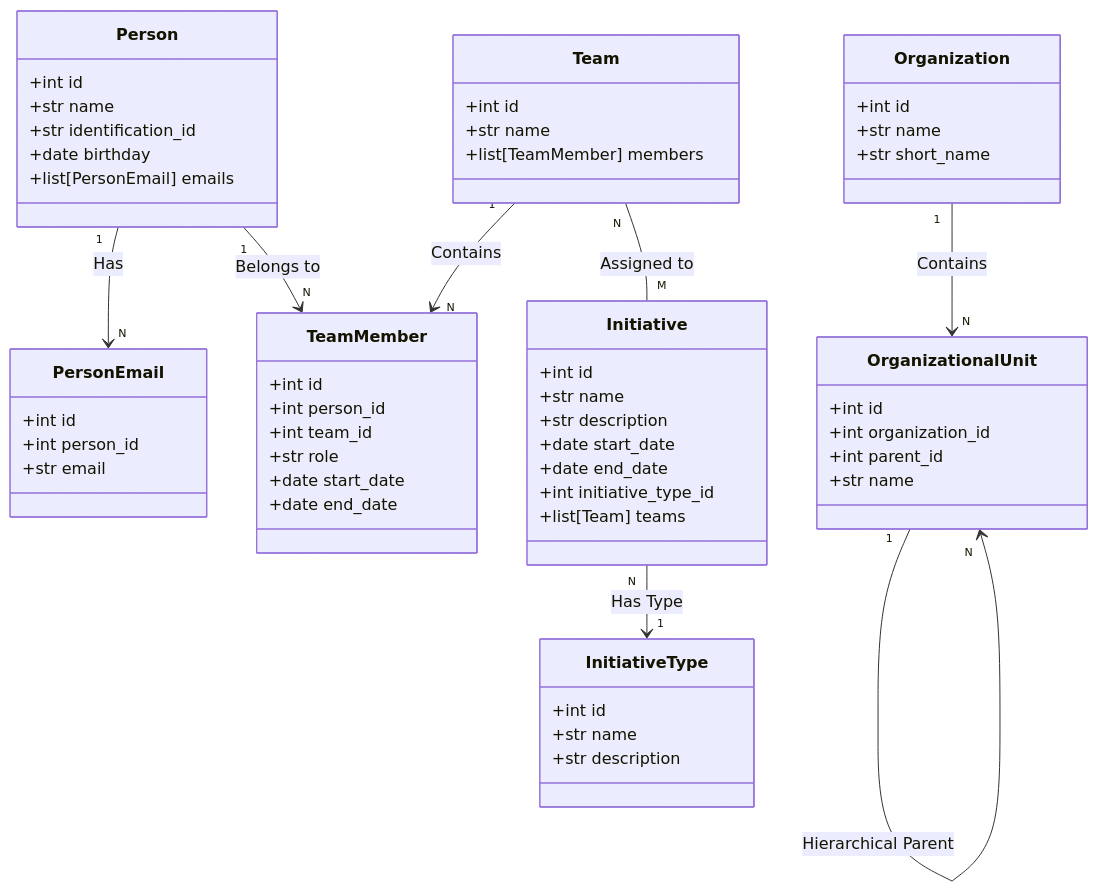
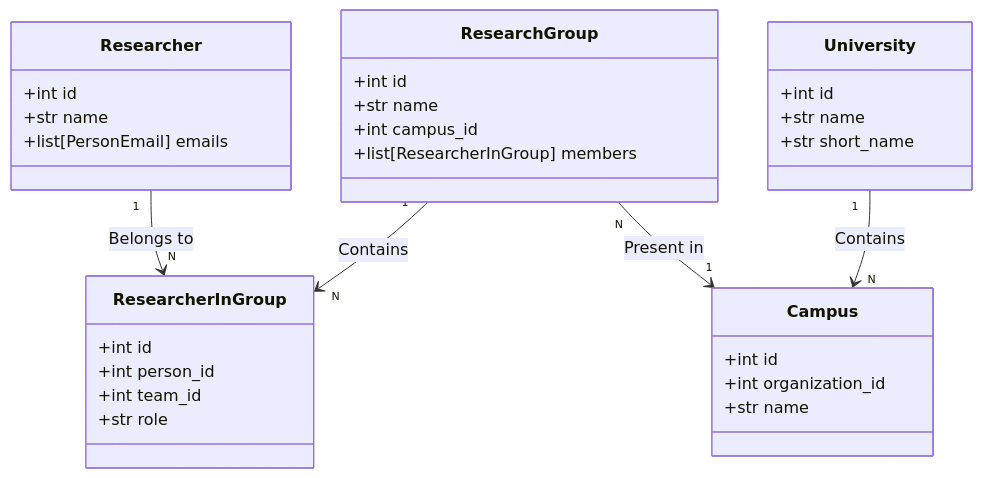
The first of 4 diagrams in docs/sdd.md (ifesserra-lab/research_domain_lib), drawn with Mermaid before and after one commit. The commit also changed other lines of this file and 44 other files, not shown here.

Commit message:
feat: Implement ResearchGroup Feature (Entities, Repositories, Controllers)

````diff
--- a/docs/sdd.md
+++ b/docs/sdd.md
@@ -111,70 +110,41 @@
 ```mermaid
 classDiagram
     %% Entities
-    class Person {
+    class Researcher {
         +int id
         +str name
-        +str identification_id
-        +date birthday
         +list[PersonEmail] emails
     }
 
-    class PersonEmail {
+    class ResearchGroup {
         +int id
-        +int person_id
-        +str email
+        +str name
+        +int campus_id
+        +list[ResearcherInGroup] members
     }
 
-    class Team {
-        +int id
-        +str name
-        +list[TeamMember] members
-    }
-
-    class TeamMember {
+    class ResearcherInGroup {
         +int id
         +int person_id
         +int team_id
         +str role
-        +date start_date
-        +date end_date
     }
     
-    class InitiativeType {
-        +int id
-        +str name
-        +str description
-    }
-
-    class Initiative {
-        +int id
-        +str name
-        +str description
-        +date start_date
-        +date end_date
-        +int initiative_type_id
-        +list[Team] teams
-    }
-
-    class Organization {
+    class University {
         +int id
         +str name
         +str short_name
     }
 
-    class OrganizationalUnit {
+    class Campus {
         +int id
         +int organization_id
-        +int parent_id
         +str name
     }
 
     %% Relationships
-    Person "1" --> "N" PersonEmail : Has
-    Person "1" --> "N" TeamMember : Belongs to
-    Team "1" --> "N" TeamMember : Contains
-    Team "N" -- "M" Initiative : Assigned to
-    Initiative "N" --> "1" InitiativeType : Has Type
-    Organization "1" --> "N" OrganizationalUnit : Contains
-    OrganizationalUnit "1" --> "N" OrganizationalUnit : Hierarchical Parent
+    Researcher "1" --> "N" ResearcherInGroup : Belongs to
+    ResearchGroup "1" --> "N" ResearcherInGroup : Contains
+    University "1" --> "N" Campus : Contains
+    ResearchGroup "N" --> "1" Campus : Present in
 ```
````
